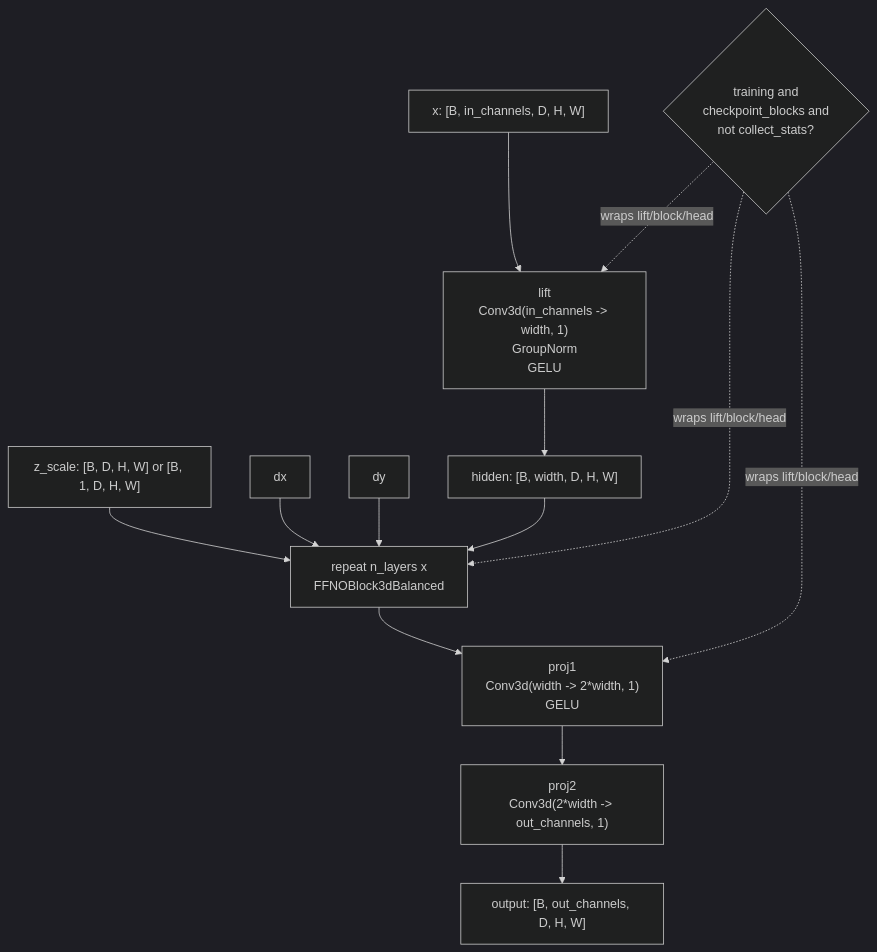
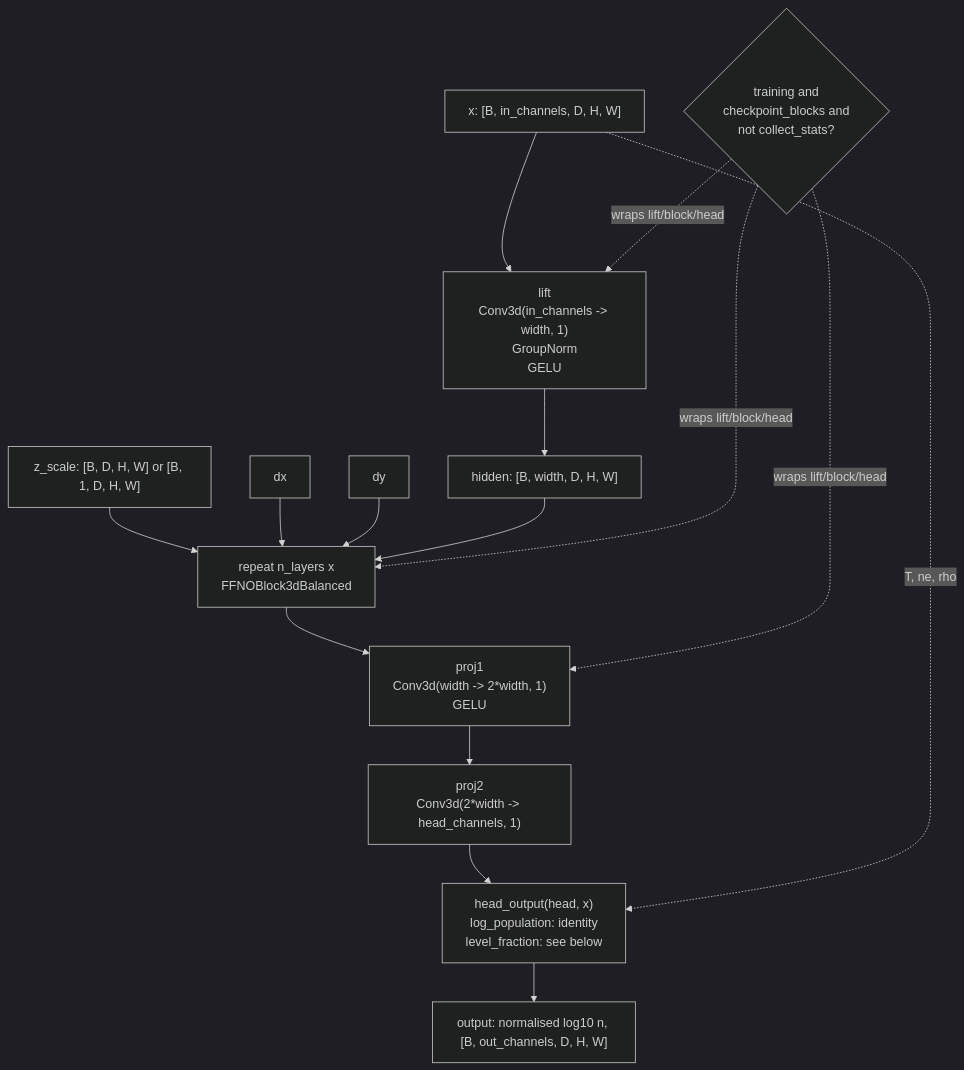
One commit to harshmathur1990/FFNOML changed the first of 5 diagrams in docs/ffno_model_flowchart.md. Above: the diagram before and after it, drawn with Mermaid (dark theme). The commit also changed other lines of this file and 4 other files, not shown here.

First line of the commit message:
Docs: the level-fraction head with departure coefficients, its environment, and the plan's progress

````diff
--- a/docs/ffno_model_flowchart.md
+++ b/docs/ffno_model_flowchart.md
@@ -7,16 +7,18 @@
 ```mermaid
 flowchart TD
     X["x: [B, in_channels, D, H, W]"] --> LIFT["lift<br/>Conv3d(in_channels -> width, 1)<br/>GroupNorm<br/>GELU"]
     Z["z_scale: [B, D, H, W] or [B, 1, D, H, W]"] --> BLOCKS
     DX["dx"] --> BLOCKS
     DY["dy"] --> BLOCKS
     LIFT --> H0["hidden: [B, width, D, H, W]"]
     H0 --> BLOCKS["repeat n_layers x<br/>FFNOBlock3dBalanced"]
     BLOCKS --> HEAD1["proj1<br/>Conv3d(width -> 2*width, 1)<br/>GELU"]
-    HEAD1 --> HEAD2["proj2<br/>Conv3d(2*width -> out_channels, 1)"]
-    HEAD2 --> Y["output: [B, out_channels, D, H, W]"]
+    HEAD1 --> HEAD2["proj2<br/>Conv3d(2*width -> head_channels, 1)"]
+    HEAD2 --> HO["head_output(head, x)<br/>log_population: identity<br/>level_fraction: see below"]
+    X -. T, ne, rho .-> HO
+    HO --> Y["output: normalised log10 n, [B, out_channels, D, H, W]"]
 
     TRAIN{"training and<br/>checkpoint_blocks and<br/>not collect_stats?"} -. wraps lift/block/head .-> LIFT
     TRAIN -. wraps lift/block/head .-> BLOCKS
     TRAIN -. wraps lift/block/head .-> HEAD1
 ```
````
